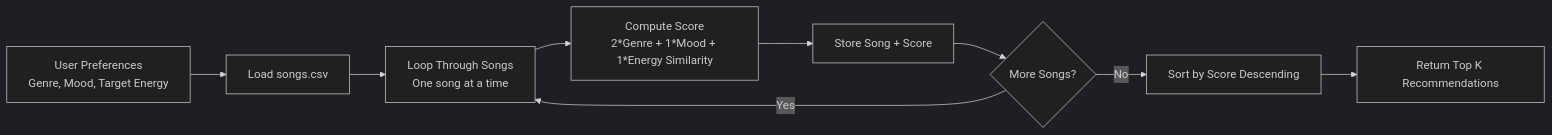
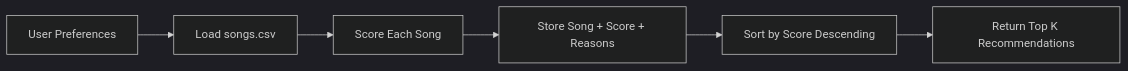
One commit to dgrbch1/applied-ai-music-recommendation changed the diagram in README.md. Above: the diagram before and after it, drawn with Mermaid (dark theme). The commit also changed other lines of this file and 2 other files, not shown here.

````diff
--- a/README.md
+++ b/README.md
@@ -97,11 +180,8 @@
 ```mermaid
 flowchart LR
-   A[User Preferences\nGenre, Mood, Target Energy] --> B[Load songs.csv]
-   B --> C[Loop Through Songs\nOne song at a time]
-   C --> D[Compute Score\n2*Genre + 1*Mood + 1*Energy Similarity]
-   D --> E[Store Song + Score]
-   E --> F{More Songs?}
-   F -- Yes --> C
-   F -- No --> G[Sort by Score Descending]
-   G --> H[Return Top K Recommendations]
+    A[User Preferences] --> B[Load songs.csv]
+    B --> C[Score Each Song]
+    C --> D[Store Song + Score + Reasons]
+    D --> E[Sort by Score Descending]
+    E --> F[Return Top K Recommendations]
 ```
````
